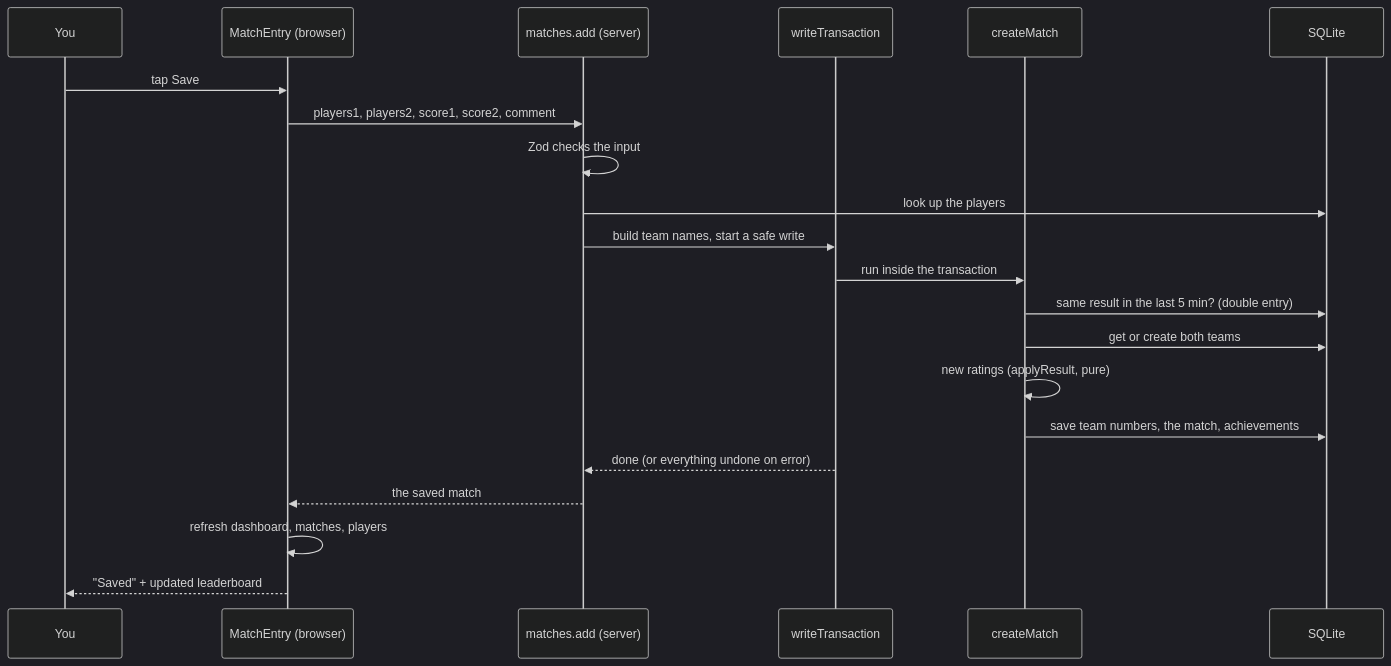
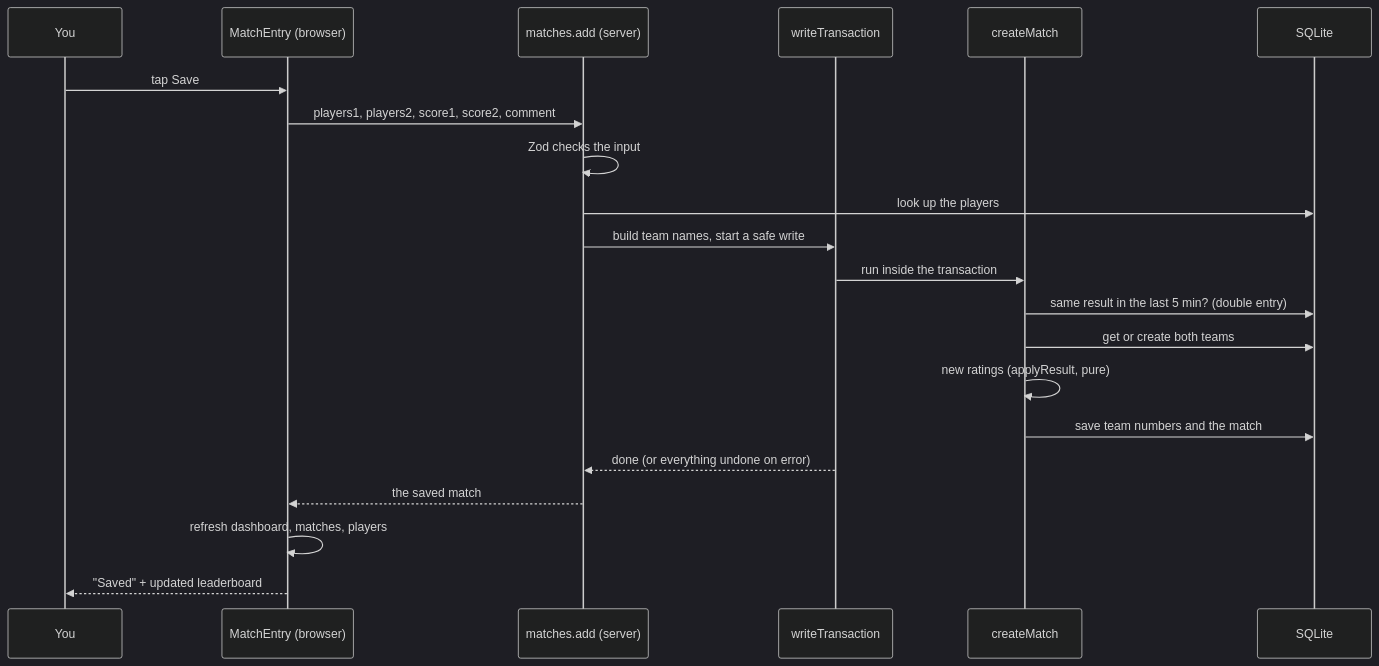
Before and after one commit to vastmarks/biliardino: the second of 3 diagrams in docs/ARCHITECTURE.md, drawn with Mermaid (dark theme). The commit also changed other lines of this file and 34 other files, not shown here.

First line of the commit message:
Personal and team achievements, i's as players in the logo (0.15.0)

````diff
--- a/docs/ARCHITECTURE.md
+++ b/docs/ARCHITECTURE.md
@@ -137,23 +137,23 @@
 ```mermaid
 sequenceDiagram
     participant U as You
     participant C as MatchEntry (browser)
     participant R as matches.add (server)
     participant T as writeTransaction
     participant M as createMatch
     participant D as SQLite
     U->>C: tap Save
     C->>R: players1, players2, score1, score2, comment
     R->>R: Zod checks the input
     R->>D: look up the players
     R->>T: build team names, start a safe write
     T->>M: run inside the transaction
     M->>D: same result in the last 5 min? (double entry)
     M->>D: get or create both teams
     M->>M: new ratings (applyResult, pure)
-    M->>D: save team numbers, the match, achievements
+    M->>D: save team numbers and the match
     T-->>R: done (or everything undone on error)
     R-->>C: the saved match
     C->>C: refresh dashboard, matches, players
     C-->>U: "Saved" + updated leaderboard
 ```
````
